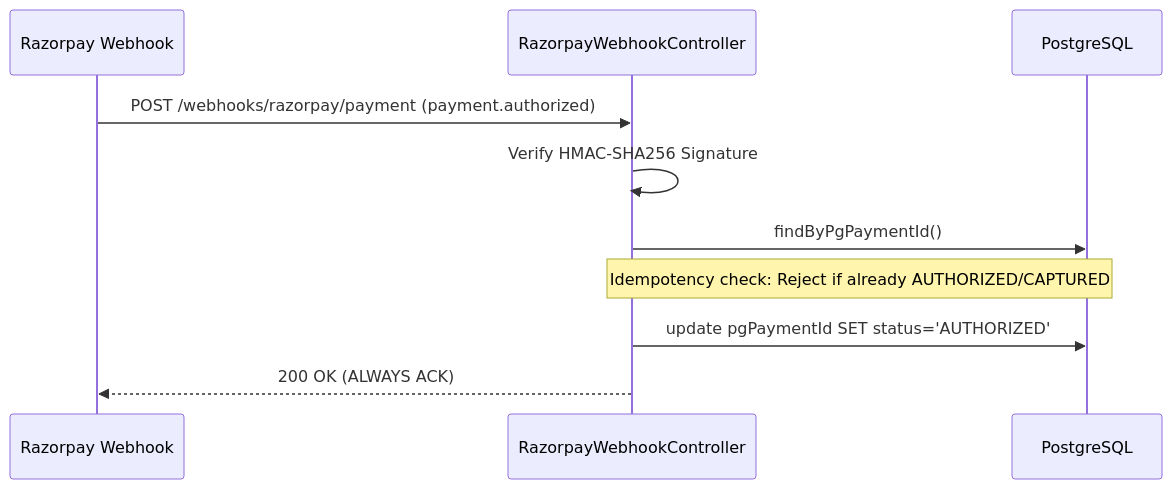
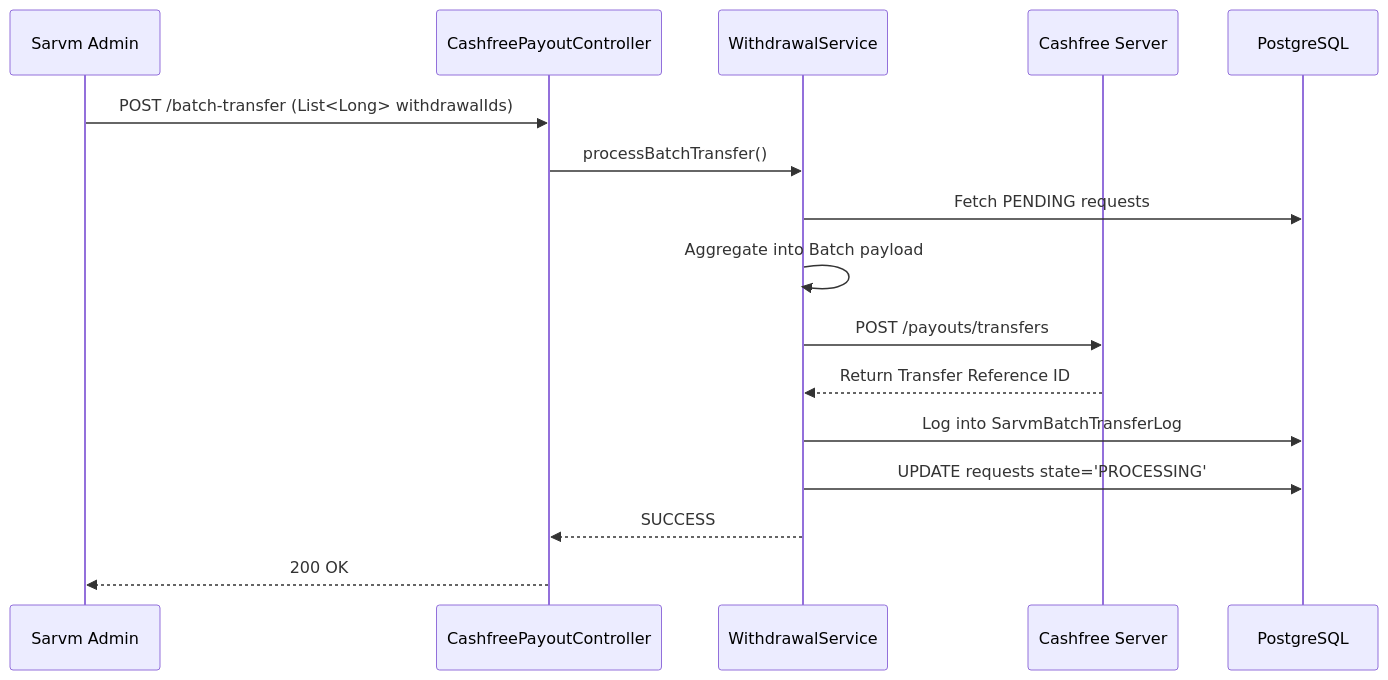
The third of 4 diagrams in README.md (Omkar7840/eco), drawn with Mermaid before and after one commit. The commit also changed other lines of this file, not shown here.

````diff
--- a/README.md
+++ b/README.md
@@ -77,13 +76,19 @@
 ```mermaid
 sequenceDiagram
-    participant RZ as Razorpay Webhook
-    participant W as RazorpayWebhookController
+    participant Admin as Sarvm Admin
+    participant PC as CashfreePayoutController
+    participant S as WithdrawalService
+    participant CF as Cashfree Server
     participant DB as PostgreSQL
 
-    RZ->>W: POST /webhooks/razorpay/payment (payment.authorized)
-    W->>W: Verify HMAC-SHA256 Signature
-    W->>DB: findByPgPaymentId() 
-    Note over W,DB: Idempotency check: Reject if already AUTHORIZED/CAPTURED
-    W->>DB: update pgPaymentId SET status='AUTHORIZED'
-    W-->>RZ: 200 OK (ALWAYS ACK)
+    Admin->>PC: POST /batch-transfer (List<Long> withdrawalIds)
+    PC->>S: processBatchTransfer()
+    S->>DB: Fetch PENDING requests
+    S->>S: Aggregate into Batch payload
+    S->>CF: POST /payouts/transfers
+    CF-->>S: Return Transfer Reference ID
+    S->>DB: Log into SarvmBatchTransferLog
+    S->>DB: UPDATE requests state='PROCESSING'
+    S-->>PC: SUCCESS
+    PC-->>Admin: 200 OK
 ```
````
